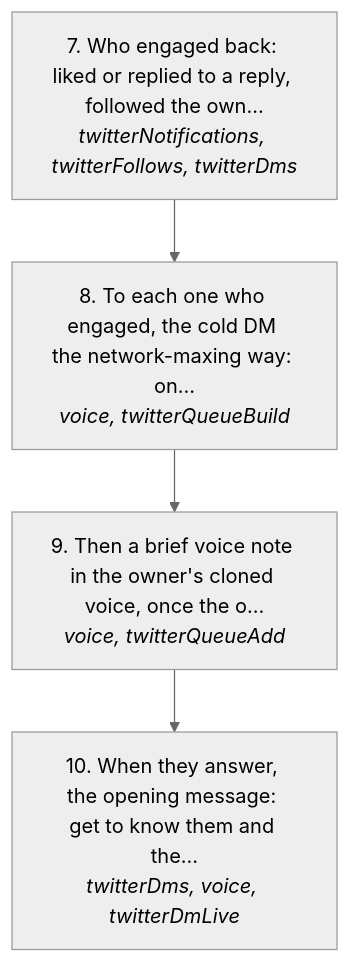
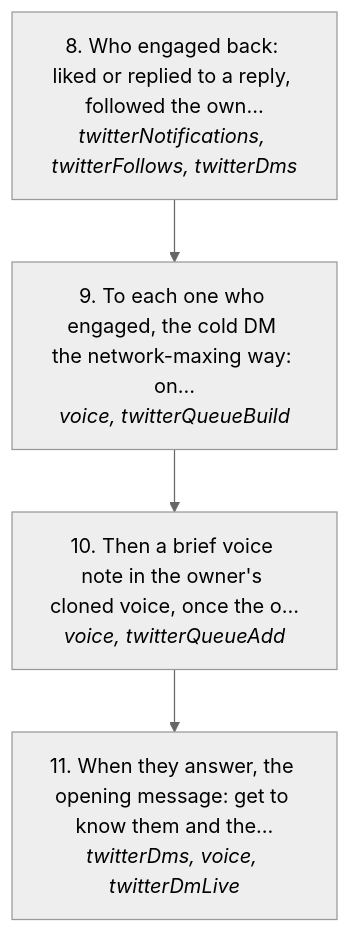
The third of 3 diagrams in docs/useCases/twitter/managerMaxxing.md (matthewdonsemail-lab/log), drawn with Mermaid (neutral theme) before and after one commit. The commit also changed other lines of this file and 2 other files, not shown here.

````diff
--- a/docs/useCases/twitter/managerMaxxing.md
+++ b/docs/useCases/twitter/managerMaxxing.md
@@ -56,10 +61,10 @@
 ```mermaid
 flowchart TD
-  s0["7. Who engaged back: liked or replied to a reply, followed the own…<br/><i>twitterNotifications, twitterFollows, twitterDms</i>"]
-  s1["8. To each one who engaged, the cold DM the network-maxing way: on…<br/><i>voice, twitterQueueBuild</i>"]
-  s2["9. Then a brief voice note in the owner's cloned voice, once the o…<br/><i>voice, twitterQueueAdd</i>"]
-  s3["10. When they answer, the opening message: get to know them and the…<br/><i>twitterDms, voice, twitterDmLive</i>"]
+  s0["8. Who engaged back: liked or replied to a reply, followed the own…<br/><i>twitterNotifications, twitterFollows, twitterDms</i>"]
+  s1["9. To each one who engaged, the cold DM the network-maxing way: on…<br/><i>voice, twitterQueueBuild</i>"]
+  s2["10. Then a brief voice note in the owner's cloned voice, once the o…<br/><i>voice, twitterQueueAdd</i>"]
+  s3["11. When they answer, the opening message: get to know them and the…<br/><i>twitterDms, voice, twitterDmLive</i>"]
   s0 --> s1
   s1 --> s2
   s2 --> s3
 ```
````
